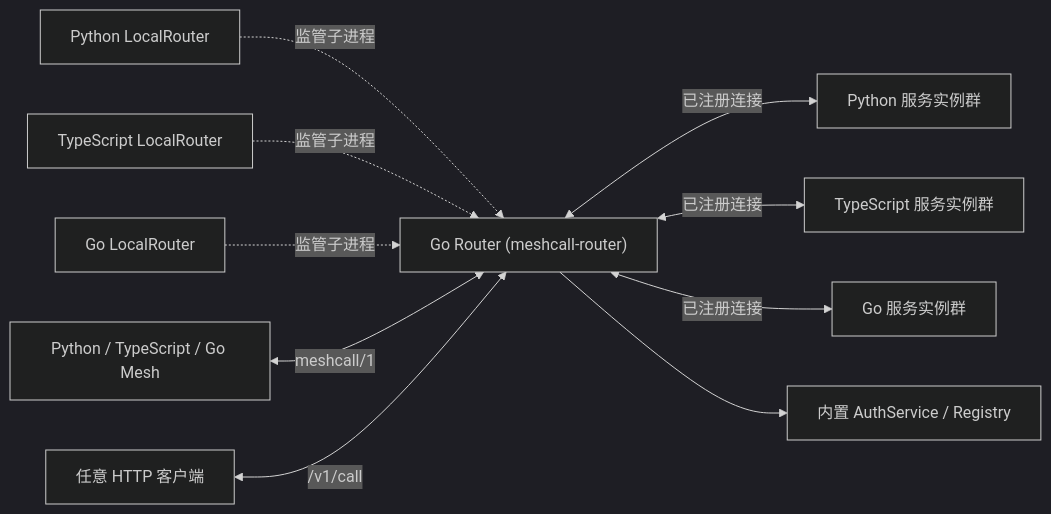
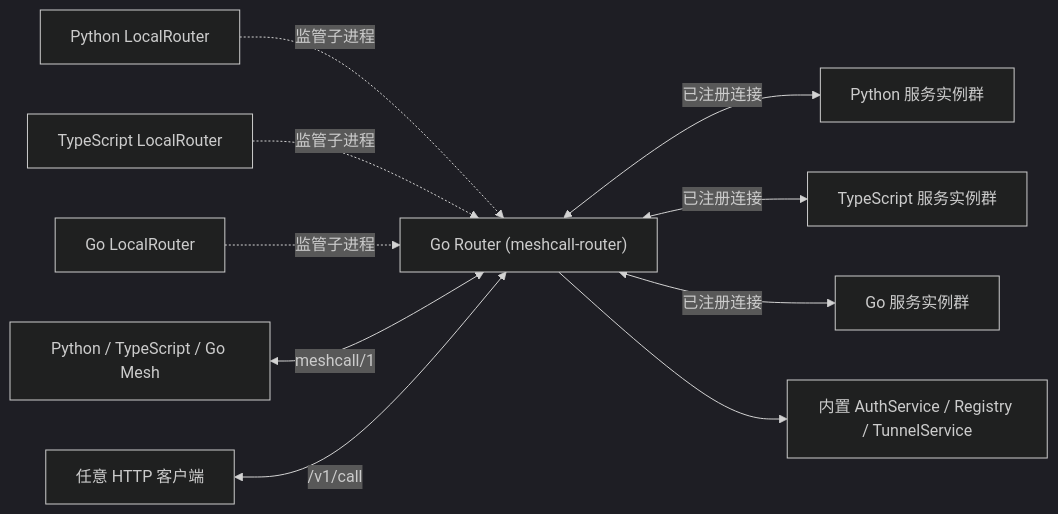
One commit to t4wefan/meshcall changed the diagram in docs/zh-CN/router.md. Above: the diagram before and after it, drawn with Mermaid (dark theme). The commit also changed other lines of this file and 17 other files, not shown here.

````diff
--- a/docs/zh-CN/router.md
+++ b/docs/zh-CN/router.md
@@ -7,12 +7,12 @@
 ```mermaid
 flowchart LR
   PL["Python LocalRouter"] -. "监管子进程" .-> R["Go Router (meshcall-router)"]
   TL["TypeScript LocalRouter"] -. "监管子进程" .-> R
   GL["Go LocalRouter"] -. "监管子进程" .-> R
   PC["Python / TypeScript / Go Mesh"] <-->|"meshcall/1"| R
   H["任意 HTTP 客户端"] <-->|"/v1/call"| R
   R <-->|"已注册连接"| PS["Python 服务实例群"]
   R <-->|"已注册连接"| TS["TypeScript 服务实例群"]
   R <-->|"已注册连接"| GS["Go 服务实例群"]
-  R --> A["内置 AuthService / Registry"]
+  R --> A["内置 AuthService / Registry / TunnelService"]
 ```
````
